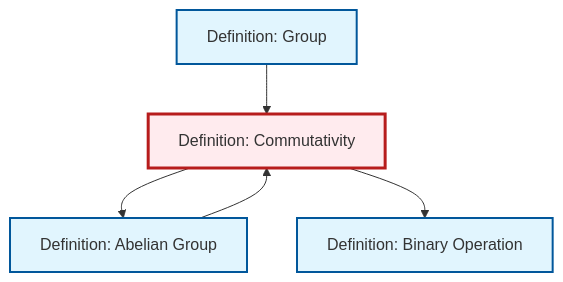
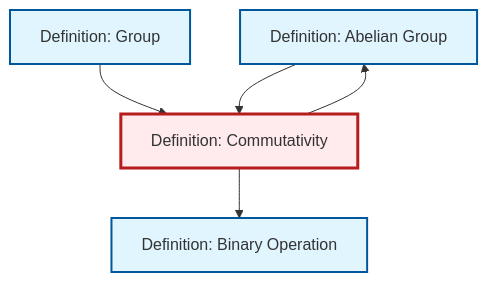
One commit to RK0429/ModernMath changed the diagram in content/en/algebra/def-commutativity.qmd. Above: the diagram before and after it, drawn with Mermaid. The commit also changed other lines of this file and 491 other files, not shown here.

````diff
--- a/content/en/algebra/def-commutativity.qmd
+++ b/content/en/algebra/def-commutativity.qmd
@@ -93,21 +93,21 @@
 ```{mermaid}
 %%| fig-cap: "Local dependency graph"
 graph TD
     classDef definition fill:#e1f5fe,stroke:#01579b,stroke-width:2px
     classDef theorem fill:#f3e5f5,stroke:#4a148c,stroke-width:2px
     classDef axiom fill:#fff3e0,stroke:#e65100,stroke-width:2px
     classDef example fill:#e8f5e9,stroke:#1b5e20,stroke-width:2px
     classDef current fill:#ffebee,stroke:#b71c1c,stroke-width:3px
     def-binary-operation["Definition: Binary Operation"]:::definition
+    def-abelian-group["Definition: Abelian Group"]:::definition
     def-commutativity["Definition: Commutativity"]:::definition
-    def-abelian-group["Definition: Abelian Group"]:::definition
     def-group["Definition: Group"]:::definition
     def-group --> def-commutativity
+    def-commutativity --> def-binary-operation
+    def-abelian-group --> def-commutativity
     def-commutativity --> def-abelian-group
-    def-abelian-group --> def-commutativity
-    def-commutativity --> def-binary-operation
     class def-commutativity current
     click def-binary-operation "def-binary-operation.html" "Go to Binary Operation definition"
     click def-abelian-group "def-abelian-group.html" "Go to Abelian Group definition"
     click def-group "def-group.html" "Go to Group definition"
 ```
````
